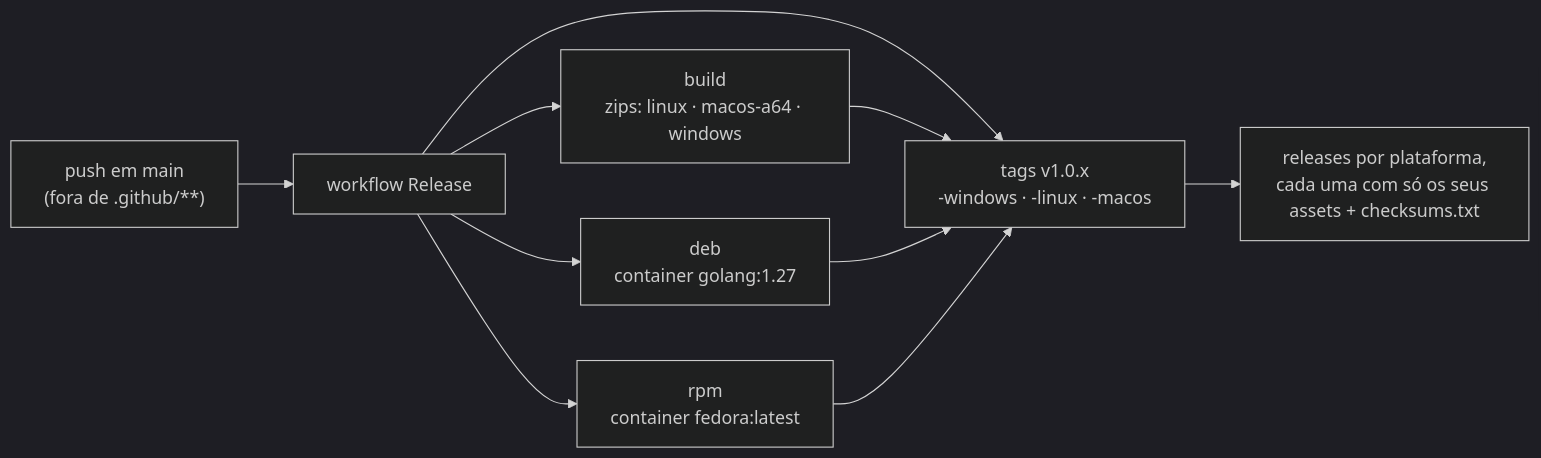
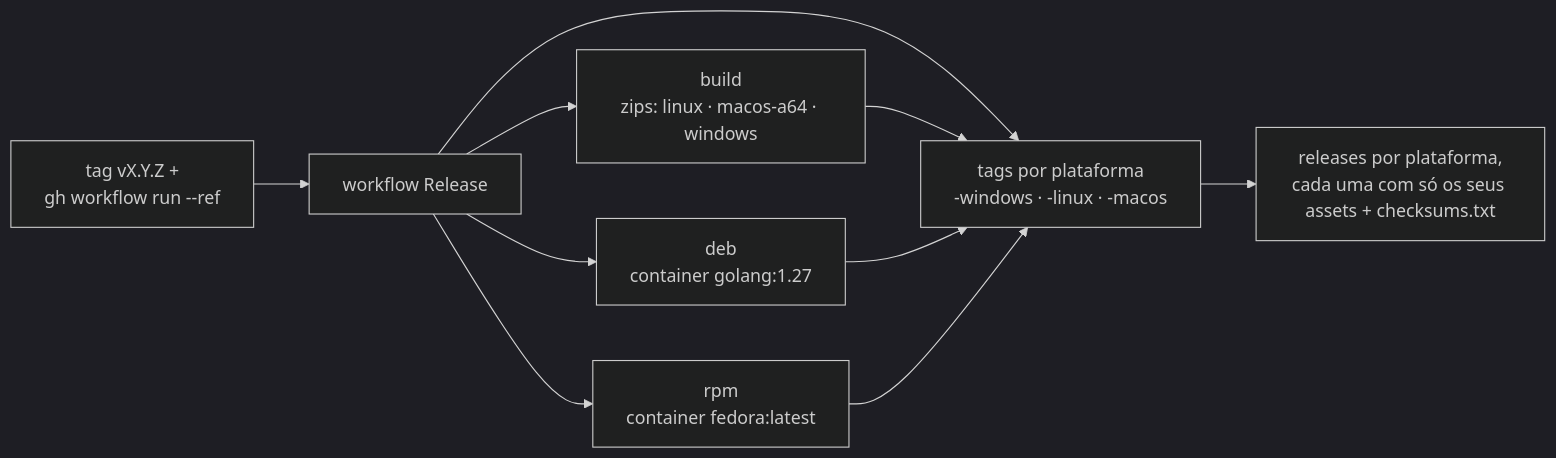
The third of 3 diagrams in README.md (fabianoflorentino/vidctl), drawn with Mermaid (dark theme) before and after one commit. The commit also changed 1 other file, not shown here.

Commit message:
docs: rename Presets e novo fluxo de release

````diff
--- a/README.md
+++ b/README.md
@@ -92,12 +92,12 @@
 ```mermaid
 flowchart LR
-  P["push em main<br/>(fora de .github/**)"] --> R["workflow Release"]
+  P["tag vX.Y.Z +<br/>gh workflow run --ref"] --> R["workflow Release"]
   R --> Z["build<br/>zips: linux · macos-a64 · windows"]
   R --> D["deb<br/>container golang:1.27"]
   R --> E["rpm<br/>container fedora:latest"]
-  R --> T["tags v1.0.x<br/>-windows · -linux · -macos"]
+  R --> T["tags por plataforma<br/>-windows · -linux · -macos"]
   Z --> T
   D --> T
   E --> T
   T --> L["releases por plataforma,<br/>cada uma com só os seus assets + checksums.txt"]
 ```
````
